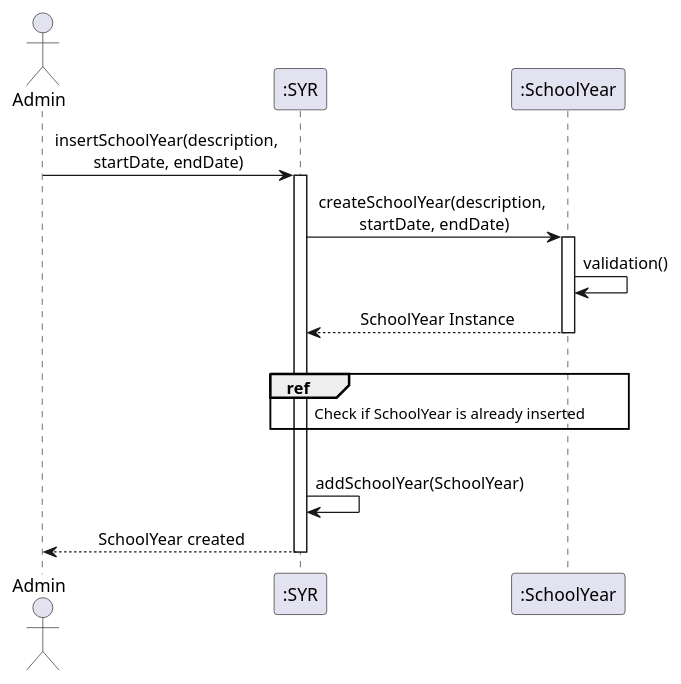
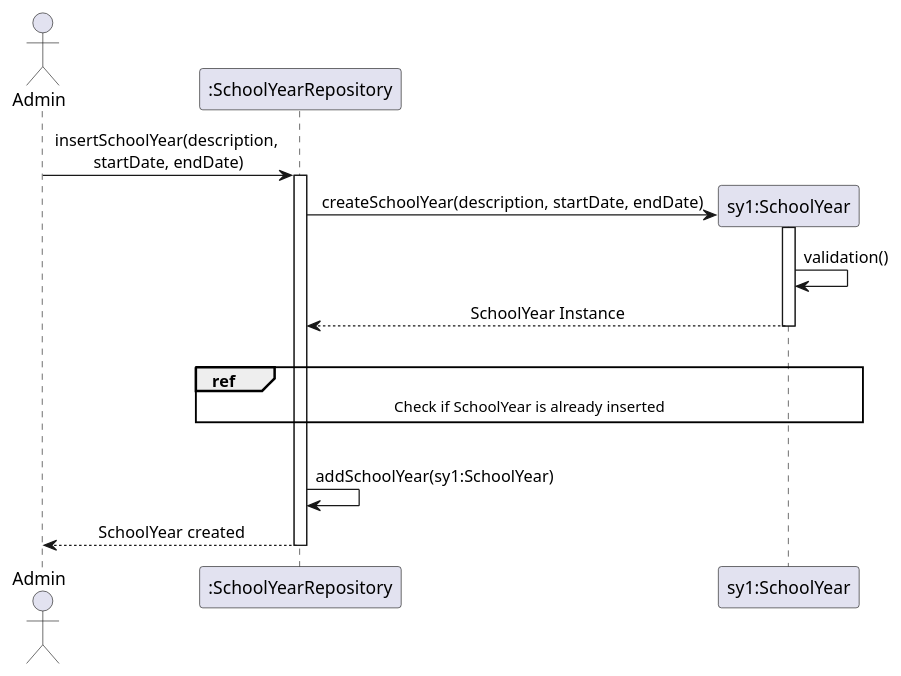
Before and after one commit to GasparISEP/DevOps-PAI: the diagram in docs/sequenceSystemDiagrams/CreateSchoolYearInSystem.puml, drawn with PlantUML. The commit also changed 1 other file, not shown here.

Commit message:
Updated CreateSchoolYearInSystem.puml and RegisterStudentInSystem.puml

```diff
--- a/docs/sequenceSystemDiagrams/CreateSchoolYearInSystem.puml
+++ b/docs/sequenceSystemDiagrams/CreateSchoolYearInSystem.puml
@@ -1,23 +1,23 @@
 @startuml
 skinparam sequenceMessageAlign center
 
 actor Admin
-participant ":SYR" as SchoolYearRepository
-participant ":SchoolYear" as SchoolYear
+participant ":SchoolYearRepository" as SYR
 
-Admin -> SchoolYearRepository: insertSchoolYear(description, \nstartDate, endDate)
-activate SchoolYearRepository
-SchoolYearRepository -> SchoolYear: createSchoolYear(description, \nstartDate, endDate)
+Admin -> SYR: insertSchoolYear(description, \nstartDate, endDate)
+activate SYR
+create "sy1:SchoolYear" as SchoolYear
+SYR -> SchoolYear: createSchoolYear(description, startDate, endDate)
 activate SchoolYear
 SchoolYear -> SchoolYear: validation()
-SchoolYear --> SchoolYearRepository: SchoolYear Instance
+SchoolYear --> SYR: SchoolYear Instance
 deactivate SchoolYear
 |||
-ref over SchoolYearRepository, SchoolYear
+ref over SYR, SchoolYear
     Check if SchoolYear is already inserted
 end ref
 |||
-SchoolYearRepository -> SchoolYearRepository: addSchoolYear(SchoolYear)
-SchoolYearRepository --> Admin: SchoolYear created
-deactivate SchoolYearRepository
+SYR -> SYR: addSchoolYear(sy1:SchoolYear)
+SYR --> Admin: SchoolYear created
+deactivate SYR
 @enduml
```
